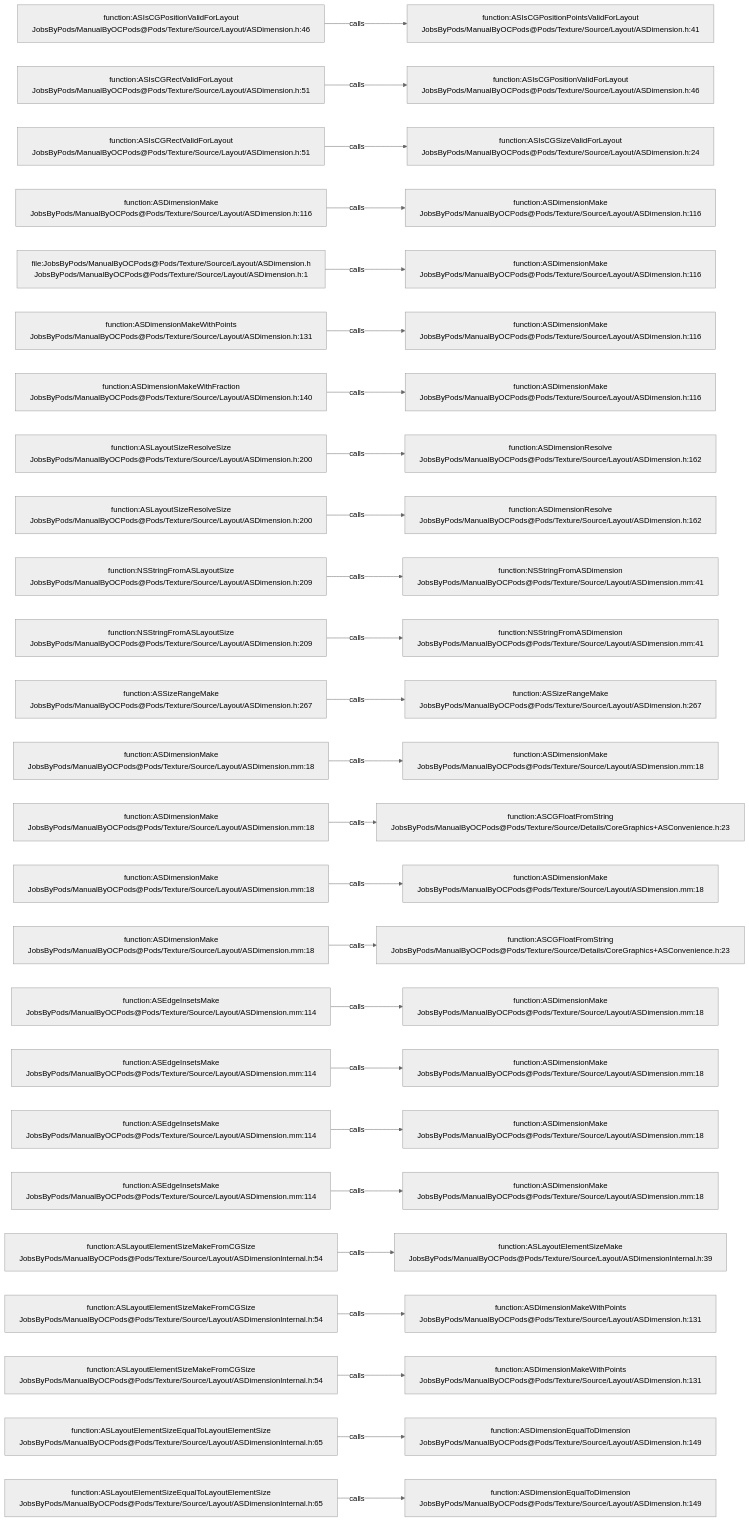
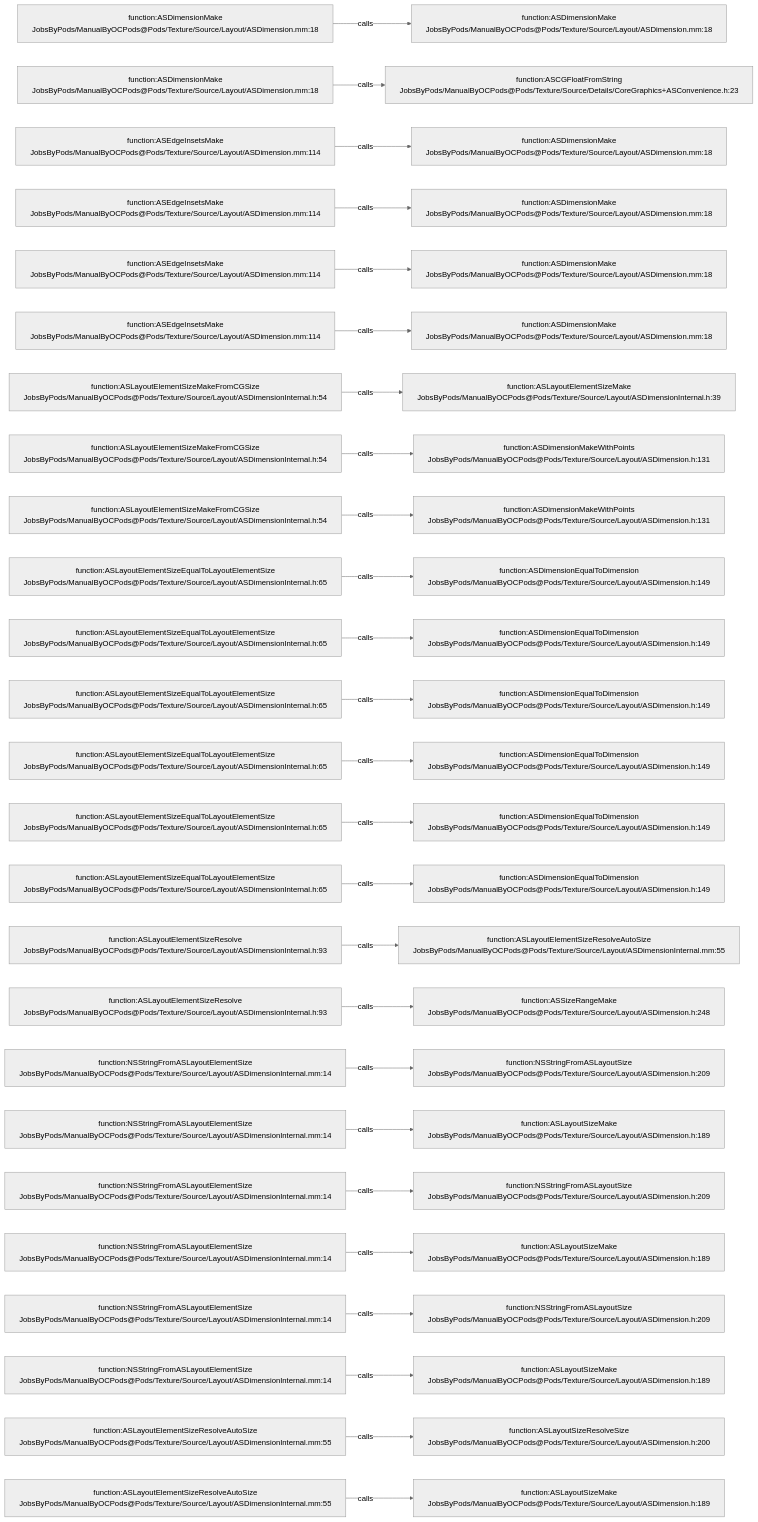
The diagram in .codegraph/codegraph.md/graphs/calls-178.md (JobsKits/JobsOCBaseConfigDemo), drawn with Mermaid (neutral theme) before and after one commit. The commit also changed 296 other files, not shown here.

````diff
--- a/.codegraph/codegraph.md/graphs/calls-178.md
+++ b/.codegraph/codegraph.md/graphs/calls-178.md
@@ -13,78 +13,78 @@
 ```mermaid
 flowchart LR
-  S1["function:ASIsCGPositionValidForLayout<br/>JobsByPods/ManualByOCPods@Pods/Texture/Source/Layout/ASDimension.h:46"]
-  T1["function:ASIsCGPositionPointsValidForLayout<br/>JobsByPods/ManualByOCPods@Pods/Texture/Source/Layout/ASDimension.h:41"]
+  S1["function:ASDimensionMake<br/>JobsByPods/ManualByOCPods@Pods/Texture/Source/Layout/ASDimension.mm:18"]
+  T1["function:ASDimensionMake<br/>JobsByPods/ManualByOCPods@Pods/Texture/Source/Layout/ASDimension.mm:18"]
   S1 -->|calls| T1
-  S2["function:ASIsCGRectValidForLayout<br/>JobsByPods/ManualByOCPods@Pods/Texture/Source/Layout/ASDimension.h:51"]
-  T2["function:ASIsCGPositionValidForLayout<br/>JobsByPods/ManualByOCPods@Pods/Texture/Source/Layout/ASDimension.h:46"]
+  S2["function:ASDimensionMake<br/>JobsByPods/ManualByOCPods@Pods/Texture/Source/Layout/ASDimension.mm:18"]
+  T2["function:ASCGFloatFromString<br/>JobsByPods/ManualByOCPods@Pods/Texture/Source/Details/CoreGraphics+ASConvenience.h:23"]
   S2 -->|calls| T2
-  S3["function:ASIsCGRectValidForLayout<br/>JobsByPods/ManualByOCPods@Pods/Texture/Source/Layout/ASDimension.h:51"]
-  T3["function:ASIsCGSizeValidForLayout<br/>JobsByPods/ManualByOCPods@Pods/Texture/Source/Layout/ASDimension.h:24"]
+  S3["function:ASEdgeInsetsMake<br/>JobsByPods/ManualByOCPods@Pods/Texture/Source/Layout/ASDimension.mm:114"]
+  T3["function:ASDimensionMake<br/>JobsByPods/ManualByOCPods@Pods/Texture/Source/Layout/ASDimension.mm:18"]
   S3 -->|calls| T3
-  S4["function:ASDimensionMake<br/>JobsByPods/ManualByOCPods@Pods/Texture/Source/Layout/ASDimension.h:116"]
-  T4["function:ASDimensionMake<br/>JobsByPods/ManualByOCPods@Pods/Texture/Source/Layout/ASDimension.h:116"]
+  S4["function:ASEdgeInsetsMake<br/>JobsByPods/ManualByOCPods@Pods/Texture/Source/Layout/ASDimension.mm:114"]
+  T4["function:ASDimensionMake<br/>JobsByPods/ManualByOCPods@Pods/Texture/Source/Layout/ASDimension.mm:18"]
   S4 -->|calls| T4
-  S5["file:JobsByPods/ManualByOCPods@Pods/Texture/Source/Layout/ASDimension.h<br/>JobsByPods/ManualByOCPods@Pods/Texture/Source/Layout/ASDimension.h:1"]
-  T5["function:ASDimensionMake<br/>JobsByPods/ManualByOCPods@Pods/Texture/Source/Layout/ASDimension.h:116"]
+  S5["function:ASEdgeInsetsMake<br/>JobsByPods/ManualByOCPods@Pods/Texture/Source/Layout/ASDimension.mm:114"]
+  T5["function:ASDimensionMake<br/>JobsByPods/ManualByOCPods@Pods/Texture/Source/Layout/ASDimension.mm:18"]
   S5 -->|calls| T5
-  S6["function:ASDimensionMakeWithPoints<br/>JobsByPods/ManualByOCPods@Pods/Texture/Source/Layout/ASDimension.h:131"]
-  T6["function:ASDimensionMake<br/>JobsByPods/ManualByOCPods@Pods/Texture/Source/Layout/ASDimension.h:116"]
+  S6["function:ASEdgeInsetsMake<br/>JobsByPods/ManualByOCPods@Pods/Texture/Source/Layout/ASDimension.mm:114"]
+  T6["function:ASDimensionMake<br/>JobsByPods/ManualByOCPods@Pods/Texture/Source/Layout/ASDimension.mm:18"]
   S6 -->|calls| T6
-  S7["function:ASDimensionMakeWithFraction<br/>JobsByPods/ManualByOCPods@Pods/Texture/Source/Layout/ASDimension.h:140"]
-  T7["function:ASDimensionMake<br/>JobsByPods/ManualByOCPods@Pods/Texture/Source/Layout/ASDimension.h:116"]
+  S7["function:ASLayoutElementSizeMakeFromCGSize<br/>JobsByPods/ManualByOCPods@Pods/Texture/Source/Layout/ASDimensionInternal.h:54"]
+  T7["function:ASLayoutElementSizeMake<br/>JobsByPods/ManualByOCPods@Pods/Texture/Source/Layout/ASDimensionInternal.h:39"]
   S7 -->|calls| T7
-  S8["function:ASLayoutSizeResolveSize<br/>JobsByPods/ManualByOCPods@Pods/Texture/Source/Layout/ASDimension.h:200"]
-  T8["function:ASDimensionResolve<br/>JobsByPods/ManualByOCPods@Pods/Texture/Source/Layout/ASDimension.h:162"]
+  S8["function:ASLayoutElementSizeMakeFromCGSize<br/>JobsByPods/ManualByOCPods@Pods/Texture/Source/Layout/ASDimensionInternal.h:54"]
+  T8["function:ASDimensionMakeWithPoints<br/>JobsByPods/ManualByOCPods@Pods/Texture/Source/Layout/ASDimension.h:131"]
   S8 -->|calls| T8
-  S9["function:ASLayoutSizeResolveSize<br/>JobsByPods/ManualByOCPods@Pods/Texture/Source/Layout/ASDimension.h:200"]
-  T9["function:ASDimensionResolve<br/>JobsByPods/ManualByOCPods@Pods/Texture/Source/Layout/ASDimension.h:162"]
+  S9["function:ASLayoutElementSizeMakeFromCGSize<br/>JobsByPods/ManualByOCPods@Pods/Texture/Source/Layout/ASDimensionInternal.h:54"]
+  T9["function:ASDimensionMakeWithPoints<br/>JobsByPods/ManualByOCPods@Pods/Texture/Source/Layout/ASDimension.h:131"]
   S9 -->|calls| T9
-  S10["function:NSStringFromASLayoutSize<br/>JobsByPods/ManualByOCPods@Pods/Texture/Source/Layout/ASDimension.h:209"]
-  T10["function:NSStringFromASDimension<br/>JobsByPods/ManualByOCPods@Pods/Texture/Source/Layout/ASDimension.mm:41"]
+  S10["function:ASLayoutElementSizeEqualToLayoutElementSize<br/>JobsByPods/ManualByOCPods@Pods/Texture/Source/Layout/ASDimensionInternal.h:65"]
+  T10["function:ASDimensionEqualToDimension<br/>JobsByPods/ManualByOCPods@Pods/Texture/Source/Layout/ASDimension.h:149"]
   S10 -->|calls| T10
-  S11["function:NSStringFromASLayoutSize<br/>JobsByPods/ManualByOCPods@Pods/Texture/Source/Layout/ASDimension.h:209"]
-  T11["function:NSStringFromASDimension<br/>JobsByPods/ManualByOCPods@Pods/Texture/Source/Layout/ASDimension.mm:41"]
+  S11["function:ASLayoutElementSizeEqualToLayoutElementSize<br/>JobsByPods/ManualByOCPods@Pods/Texture/Source/Layout/ASDimensionInternal.h:65"]
+  T11["function:ASDimensionEqualToDimension<br/>JobsByPods/ManualByOCPods@Pods/Texture/Source/Layout/ASDimension.h:149"]
   S11 -->|calls| T11
-  S12["function:ASSizeRangeMake<br/>JobsByPods/ManualByOCPods@Pods/Texture/Source/Layout/ASDimension.h:267"]
-  T12["function:ASSizeRangeMake<br/>JobsByPods/ManualByOCPods@Pods/Texture/Source/Layout/ASDimension.h:267"]
+  S12["function:ASLayoutElementSizeEqualToLayoutElementSize<br/>JobsByPods/ManualByOCPods@Pods/Texture/Source/Layout/ASDimensionInternal.h:65"]
+  T12["function:ASDimensionEqualToDimension<br/>JobsByPods/ManualByOCPods@Pods/Texture/Source/Layout/ASDimension.h:149"]
   S12 -->|calls| T12
-  S13["function:ASDimensionMake<br/>JobsByPods/ManualByOCPods@Pods/Texture/Source/Layout/ASDimension.mm:18"]
-  T13["function:ASDimensionMake<br/>JobsByPods/ManualByOCPods@Pods/Texture/Source/Layout/ASDimension.mm:18"]
+  S13["function:ASLayoutElementSizeEqualToLayoutElementSize<br/>JobsByPods/ManualByOCPods@Pods/Texture/Source/Layout/ASDimensionInternal.h:65"]
+  T13["function:ASDimensionEqualToDimension<br/>JobsByPods/ManualByOCPods@Pods/Texture/Source/Layout/ASDimension.h:149"]
   S13 -->|calls| T13
-  S14["function:ASDimensionMake<br/>JobsByPods/ManualByOCPods@Pods/Texture/Source/Layout/ASDimension.mm:18"]
-  T14["function:ASCGFloatFromString<br/>JobsByPods/ManualByOCPods@Pods/Texture/Source/Details/CoreGraphics+ASConvenience.h:23"]
+  S14["function:ASLayoutElementSizeEqualToLayoutElementSize<br/>JobsByPods/ManualByOCPods@Pods/Texture/Source/Layout/ASDimensionInternal.h:65"]
+  T14["function:ASDimensionEqualToDimension<br/>JobsByPods/ManualByOCPods@Pods/Texture/Source/Layout/ASDimension.h:149"]
   S14 -->|calls| T14
-  S15["function:ASDimensionMake<br/>JobsByPods/ManualByOCPods@Pods/Texture/Source/Layout/ASDimension.mm:18"]
-  T15["function:ASDimensionMake<br/>JobsByPods/ManualByOCPods@Pods/Texture/Source/Layout/ASDimension.mm:18"]
+  S15["function:ASLayoutElementSizeEqualToLayoutElementSize<br/>JobsByPods/ManualByOCPods@Pods/Texture/Source/Layout/ASDimensionInternal.h:65"]
+  T15["function:ASDimensionEqualToDimension<br/>JobsByPods/ManualByOCPods@Pods/Texture/Source/Layout/ASDimension.h:149"]
   S15 -->|calls| T15
-  S16["function:ASDimensionMake<br/>JobsByPods/ManualByOCPods@Pods/Texture/Source/Layout/ASDimension.mm:18"]
-  T16["function:ASCGFloatFromString<br/>JobsByPods/ManualByOCPods@Pods/Texture/Source/Details/CoreGraphics+ASConvenience.h:23"]
+  S16["function:ASLayoutElementSizeResolve<br/>JobsByPods/ManualByOCPods@Pods/Texture/Source/Layout/ASDimensionInternal.h:93"]
+  T16["function:ASLayoutElementSizeResolveAutoSize<br/>JobsByPods/ManualByOCPods@Pods/Texture/Source/Layout/ASDimensionInternal.mm:55"]
   S16 -->|calls| T16
-  S17["function:ASEdgeInsetsMake<br/>JobsByPods/ManualByOCPods@Pods/Texture/Source/Layout/ASDimension.mm:114"]
-  T17["function:ASDimensionMake<br/>JobsByPods/ManualByOCPods@Pods/Texture/Source/Layout/ASDimension.mm:18"]
+  S17["function:ASLayoutElementSizeResolve<br/>JobsByPods/ManualByOCPods@Pods/Texture/Source/Layout/ASDimensionInternal.h:93"]
+  T17["function:ASSizeRangeMake<br/>JobsByPods/ManualByOCPods@Pods/Texture/Source/Layout/ASDimension.h:248"]
   S17 -->|calls| T17
-  S18["function:ASEdgeInsetsMake<br/>JobsByPods/ManualByOCPods@Pods/Texture/Source/Layout/ASDimension.mm:114"]
-  T18["function:ASDimensionMake<br/>JobsByPods/ManualByOCPods@Pods/Texture/Source/Layout/ASDimension.mm:18"]
+  S18["function:NSStringFromASLayoutElementSize<br/>JobsByPods/ManualByOCPods@Pods/Texture/Source/Layout/ASDimensionInternal.mm:14"]
+  T18["function:NSStringFromASLayoutSize<br/>JobsByPods/ManualByOCPods@Pods/Texture/Source/Layout/ASDimension.h:209"]
   S18 -->|calls| T18
-  S19["function:ASEdgeInsetsMake<br/>JobsByPods/ManualByOCPods@Pods/Texture/Source/Layout/ASDimension.mm:114"]
-  T19["function:ASDimensionMake<br/>JobsByPods/ManualByOCPods@Pods/Texture/Source/Layout/ASDimension.mm:18"]
+  S19["function:NSStringFromASLayoutElementSize<br/>JobsByPods/ManualByOCPods@Pods/Texture/Source/Layout/ASDimensionInternal.mm:14"]
+  T19["function:ASLayoutSizeMake<br/>JobsByPods/ManualByOCPods@Pods/Texture/Source/Layout/ASDimension.h:189"]
   S19 -->|calls| T19
-  S20["function:ASEdgeInsetsMake<br/>JobsByPods/ManualByOCPods@Pods/Texture/Source/Layout/ASDimension.mm:114"]
-  T20["function:ASDimensionMake<br/>JobsByPods/ManualByOCPods@Pods/Texture/Source/Layout/ASDimension.mm:18"]
+  S20["function:NSStringFromASLayoutElementSize<br/>JobsByPods/ManualByOCPods@Pods/Texture/Source/Layout/ASDimensionInternal.mm:14"]
+  T20["function:NSStringFromASLayoutSize<br/>JobsByPods/ManualByOCPods@Pods/Texture/Source/Layout/ASDimension.h:209"]
   S20 -->|calls| T20
-  S21["function:ASLayoutElementSizeMakeFromCGSize<br/>JobsByPods/ManualByOCPods@Pods/Texture/Source/Layout/ASDimensionInternal.h:54"]
-  T21["function:ASLayoutElementSizeMake<br/>JobsByPods/ManualByOCPods@Pods/Texture/Source/Layout/ASDimensionInternal.h:39"]
+  S21["function:NSStringFromASLayoutElementSize<br/>JobsByPods/ManualByOCPods@Pods/Texture/Source/Layout/ASDimensionInternal.mm:14"]
+  T21["function:ASLayoutSizeMake<br/>JobsByPods/ManualByOCPods@Pods/Texture/Source/Layout/ASDimension.h:189"]
   S21 -->|calls| T21
-  S22["function:ASLayoutElementSizeMakeFromCGSize<br/>JobsByPods/ManualByOCPods@Pods/Texture/Source/Layout/ASDimensionInternal.h:54"]
-  T22["function:ASDimensionMakeWithPoints<br/>JobsByPods/ManualByOCPods@Pods/Texture/Source/Layout/ASDimension.h:131"]
+  S22["function:NSStringFromASLayoutElementSize<br/>JobsByPods/ManualByOCPods@Pods/Texture/Source/Layout/ASDimensionInternal.mm:14"]
+  T22["function:NSStringFromASLayoutSize<br/>JobsByPods/ManualByOCPods@Pods/Texture/Source/Layout/ASDimension.h:209"]
   S22 -->|calls| T22
-  S23["function:ASLayoutElementSizeMakeFromCGSize<br/>JobsByPods/ManualByOCPods@Pods/Texture/Source/Layout/ASDimensionInternal.h:54"]
-  T23["function:ASDimensionMakeWithPoints<br/>JobsByPods/ManualByOCPods@Pods/Texture/Source/Layout/ASDimension.h:131"]
+  S23["function:NSStringFromASLayoutElementSize<br/>JobsByPods/ManualByOCPods@Pods/Texture/Source/Layout/ASDimensionInternal.mm:14"]
+  T23["function:ASLayoutSizeMake<br/>JobsByPods/ManualByOCPods@Pods/Texture/Source/Layout/ASDimension.h:189"]
   S23 -->|calls| T23
-  S24["function:ASLayoutElementSizeEqualToLayoutElementSize<br/>JobsByPods/ManualByOCPods@Pods/Texture/Source/Layout/ASDimensionInternal.h:65"]
-  T24["function:ASDimensionEqualToDimension<br/>JobsByPods/ManualByOCPods@Pods/Texture/Source/Layout/ASDimension.h:149"]
+  S24["function:ASLayoutElementSizeResolveAutoSize<br/>JobsByPods/ManualByOCPods@Pods/Texture/Source/Layout/ASDimensionInternal.mm:55"]
+  T24["function:ASLayoutSizeResolveSize<br/>JobsByPods/ManualByOCPods@Pods/Texture/Source/Layout/ASDimension.h:200"]
   S24 -->|calls| T24
-  S25["function:ASLayoutElementSizeEqualToLayoutElementSize<br/>JobsByPods/ManualByOCPods@Pods/Texture/Source/Layout/ASDimensionInternal.h:65"]
-  T25["function:ASDimensionEqualToDimension<br/>JobsByPods/ManualByOCPods@Pods/Texture/Source/Layout/ASDimension.h:149"]
+  S25["function:ASLayoutElementSizeResolveAutoSize<br/>JobsByPods/ManualByOCPods@Pods/Texture/Source/Layout/ASDimensionInternal.mm:55"]
+  T25["function:ASLayoutSizeMake<br/>JobsByPods/ManualByOCPods@Pods/Texture/Source/Layout/ASDimension.h:189"]
   S25 -->|calls| T25
 ```
````
